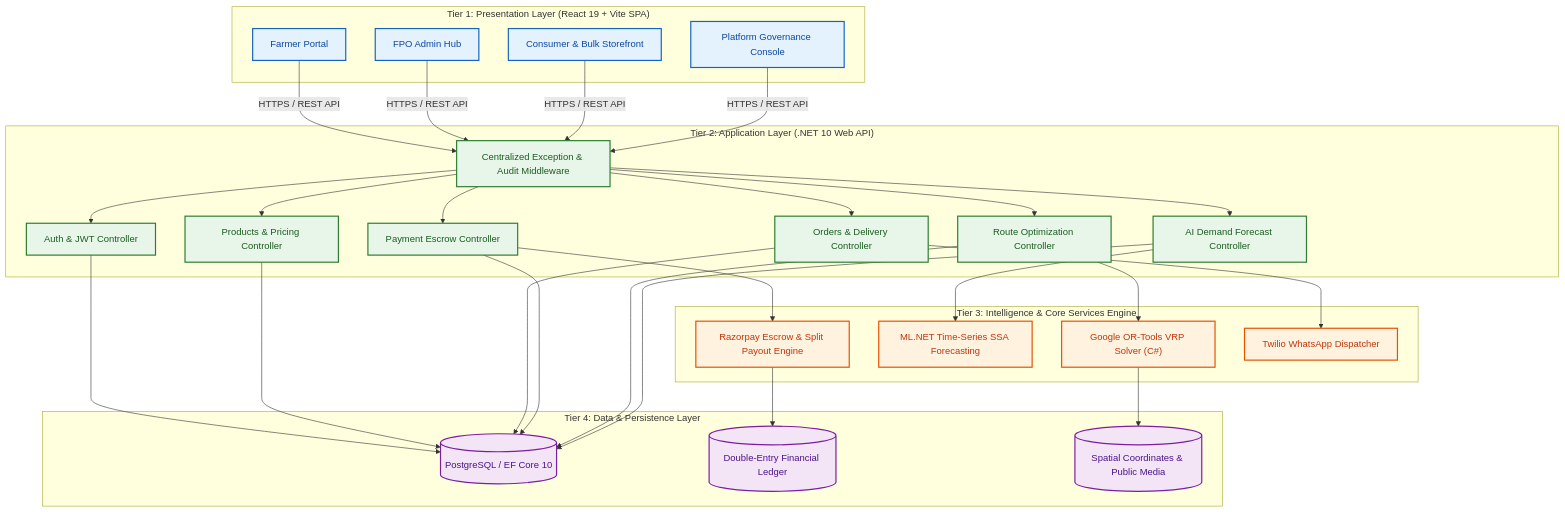
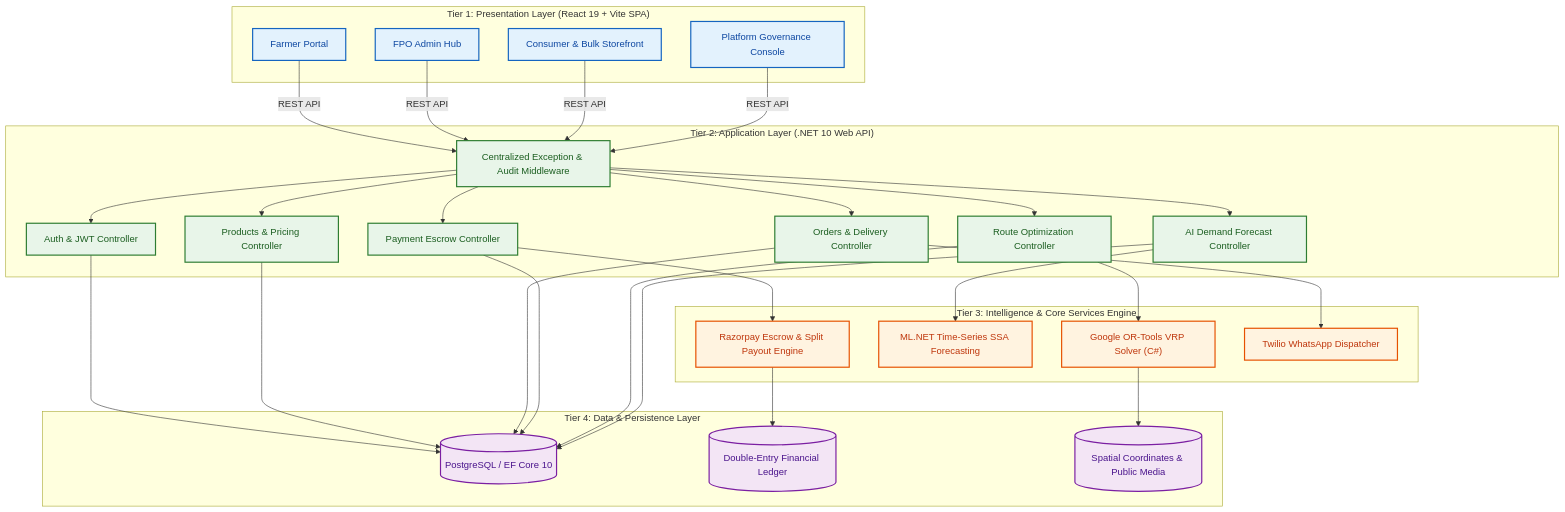
One commit to Mr-SK534/fasalConnect changed the first of 3 diagrams in README.md. Above: the diagram before and after it, drawn with Mermaid. The commit also changed other lines of this file, not shown here.

Commit message:
fix mermaid sequence diagram syntax in README.md

````diff
--- a/README.md
+++ b/README.md
@@ -42,56 +42,71 @@
 ```mermaid
 graph TD
     %% Styling
     classDef client fill:#e3f2fd,stroke:#1565c0,stroke-width:2px,color:#0d47a1;
     classDef backend fill:#e8f5e9,stroke:#2e7d32,stroke-width:2px,color:#1b5e20;
     classDef engine fill:#fff3e0,stroke:#e65100,stroke-width:2px,color:#bf360c;
     classDef data fill:#f3e5f5,stroke:#7b1fa2,stroke-width:2px,color:#4a148c;
 
     subgraph Presentation["Tier 1: Presentation Layer (React 19 + Vite SPA)"]
         UI_Farmer[Farmer Portal]
         UI_FPO[FPO Admin Hub]
         UI_Buyer[Consumer & Bulk Storefront]
         UI_Admin[Platform Governance Console]
     end
 
     subgraph Application["Tier 2: Application Layer (.NET 10 Web API)"]
         API_Auth[Auth & JWT Controller]
         API_Catalog[Products & Pricing Controller]
         API_Order[Orders & Delivery Controller]
         API_Escrow[Payment Escrow Controller]
         API_Route[Route Optimization Controller]
         API_Forecast[AI Demand Forecast Controller]
         Middleware[Centralized Exception & Audit Middleware]
     end
 
     subgraph Intelligence["Tier 3: Intelligence & Core Services Engine"]
         Engine_ORTools["Google OR-Tools VRP Solver (C#)"]
         Engine_MLNet["ML.NET Time-Series SSA Forecasting"]
         Engine_Razorpay["Razorpay Escrow & Split Payout Engine"]
         Engine_Twilio["Twilio WhatsApp Dispatcher"]
     end
 
     subgraph Data["Tier 4: Data & Persistence Layer"]
         DB[(PostgreSQL / EF Core 10)]
         Ledger[(Double-Entry Financial Ledger)]
         Storage[(Spatial Coordinates & Public Media)]
     end
 
     %% Flow Connections
-    UI_Farmer & UI_FPO & UI_Buyer & UI_Admin -->|HTTPS / REST API| Middleware
-    Middleware --> API_Auth & API_Catalog & API_Order & API_Escrow & API_Route & API_Forecast
-    
+    UI_Farmer -->|REST API| Middleware
+    UI_FPO -->|REST API| Middleware
+    UI_Buyer -->|REST API| Middleware
+    UI_Admin -->|REST API| Middleware
+
+    Middleware --> API_Auth
+    Middleware --> API_Catalog
+    Middleware --> API_Order
+    Middleware --> API_Escrow
+    Middleware --> API_Route
+    Middleware --> API_Forecast
+
     API_Route --> Engine_ORTools
     API_Forecast --> Engine_MLNet
     API_Escrow --> Engine_Razorpay
     API_Order --> Engine_Twilio
 
-    API_Auth & API_Catalog & API_Order & API_Escrow & API_Route & API_Forecast --> DB
+    API_Auth --> DB
+    API_Catalog --> DB
+    API_Order --> DB
+    API_Escrow --> DB
+    API_Route --> DB
+    API_Forecast --> DB
+
     Engine_Razorpay --> Ledger
     Engine_ORTools --> Storage
 
     class UI_Farmer,UI_FPO,UI_Buyer,UI_Admin client;
     class API_Auth,API_Catalog,API_Order,API_Escrow,API_Route,API_Forecast,Middleware backend;
     class Engine_ORTools,Engine_MLNet,Engine_Razorpay,Engine_Twilio engine;
     class DB,Ledger,Storage data;
 ```
````
